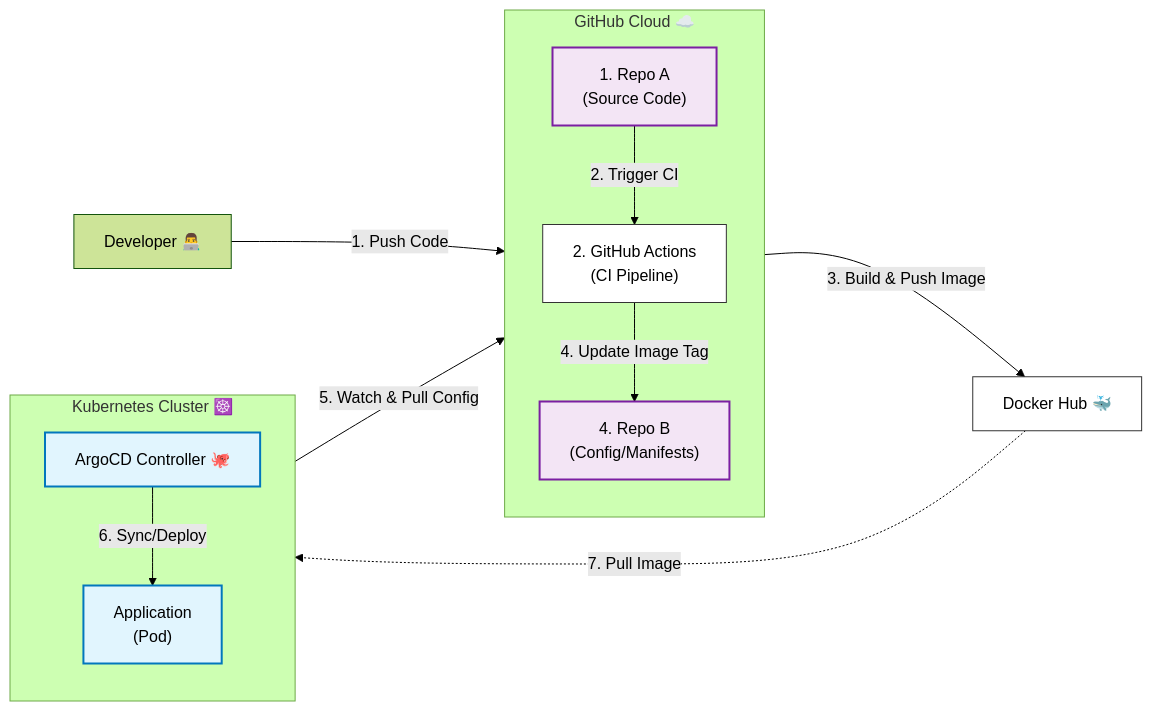
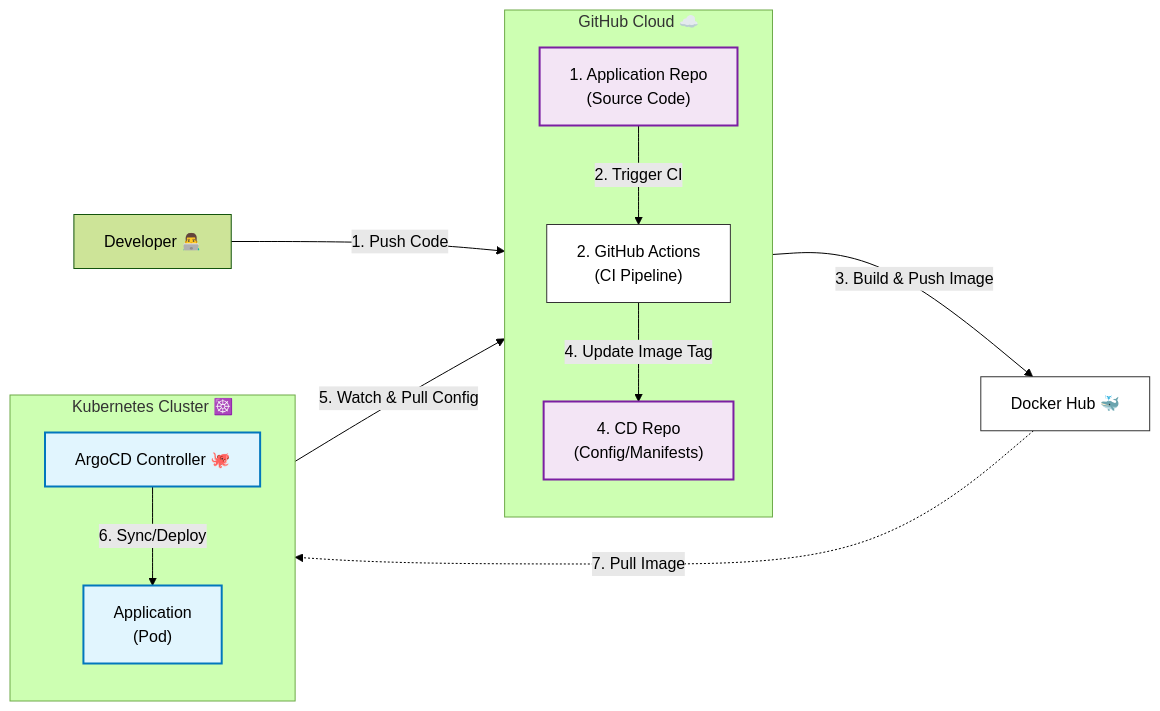
The diagram in README.md (JeffLin0225/Kubernetes-ArgoCD), drawn with Mermaid (forest theme) before and after one commit. The commit also changed other lines of this file, not shown here.

````diff
--- a/README.md
+++ b/README.md
@@ -42,37 +18,37 @@
 ```mermaid
 graph LR
     classDef plain fill:#fff,stroke:#333,stroke-width:1px;
     classDef k8s fill:#e1f5fe,stroke:#0277bd,stroke-width:2px;
     classDef git fill:#f3e5f5,stroke:#7b1fa2,stroke-width:2px;
 
     User["Developer 👨‍💻"]
     
     subgraph GitHub ["GitHub Cloud ☁️"]
         direction TB
-        RepoA["1. Repo A<br>(Source Code)"]:::git
+        RepoA["1. Application Repo <br>(Source Code)"]:::git
         Action["2. GitHub Actions<br>(CI Pipeline)"]:::plain
-        RepoB["4. Repo B<br>(Config/Manifests)"]:::git
+        RepoB["4. CD Repo<br>(Config/Manifests)"]:::git
     end
 
     DockerHub["Docker Hub 🐳"]:::plain
 
     subgraph K8s ["Kubernetes Cluster ☸️"]
         direction TB
         ArgoCD["ArgoCD Controller 🐙"]:::k8s
         App["Application <br>(Pod)"]:::k8s
     end
 
     %% 流程連線
     User -->|"1. Push Code"| RepoA
     RepoA -->|"2. Trigger CI"| Action
     
     Action -->|"3. Build & Push Image"| DockerHub
     Action -->|"4. Update Image Tag"| RepoB
     
     ArgoCD -->|"5. Watch & Pull Config"| RepoB
     ArgoCD -->|"6. Sync/Deploy"| App
     
     DockerHub -.->|"7. Pull Image"| App
 
     RepoB ~~~ DockerHub
 ```
````
